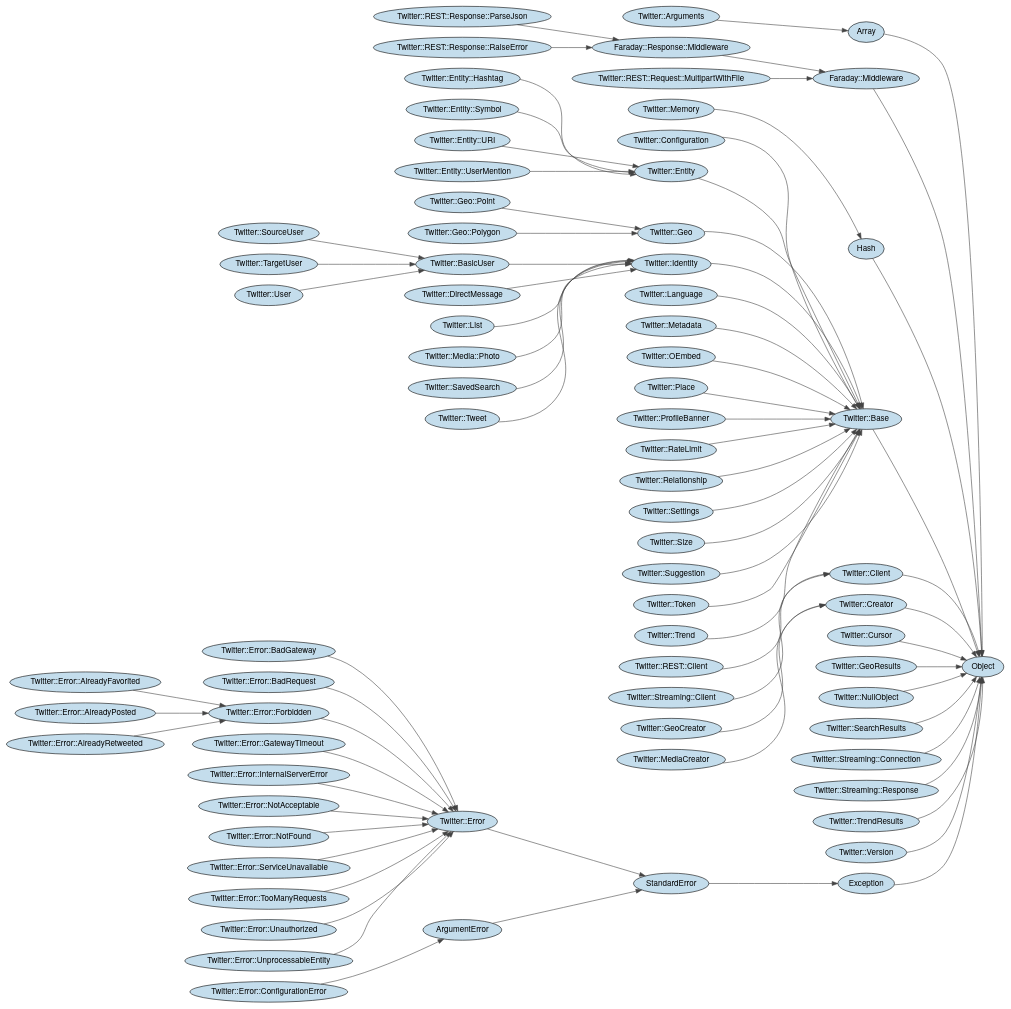
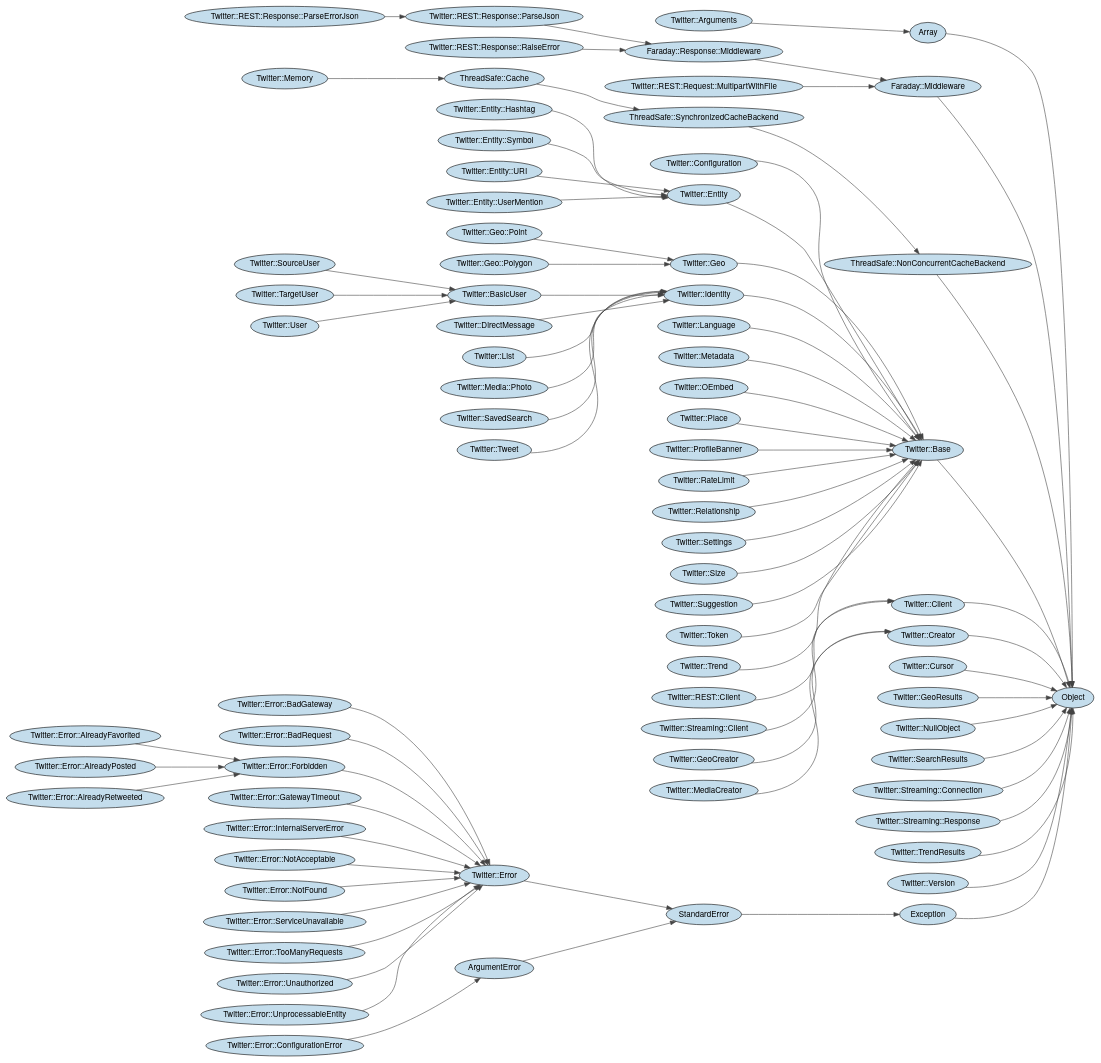
Before and after one commit to sferik/twitter-ruby: the diagram in etc/erd.dot, drawn with Graphviz. The commit also changed 1 other file, not shown here.

Commit message:
Update ERD

```diff
--- a/etc/erd.dot
+++ b/etc/erd.dot
@@ -1,153 +1,159 @@
 digraph classes {
 	graph [rotate=0, rankdir="LR"]
 	node [fillcolor="#c4ddec", style="filled", fontname="Helvetica Neue"]
 	edge [color="#444444"]
 	ArgumentError [label="ArgumentError"]
 	Array [label="Array"]
 	Exception [label="Exception"]
 	Faraday__Middleware [label="Faraday::Middleware"]
 	Faraday__Response__Middleware [label="Faraday::Response::Middleware"]
-	Hash [label="Hash"]
 	StandardError [label="StandardError"]
+	ThreadSafe__Cache [label="ThreadSafe::Cache"]
+	ThreadSafe__NonConcurrentCacheBackend [label="ThreadSafe::NonConcurrentCacheBackend"]
+	ThreadSafe__SynchronizedCacheBackend [label="ThreadSafe::SynchronizedCacheBackend"]
 	Twitter__Arguments [label="Twitter::Arguments"]
 	Twitter__Base [label="Twitter::Base"]
 	Twitter__BasicUser [label="Twitter::BasicUser"]
 	Twitter__Client [label="Twitter::Client"]
 	Twitter__Configuration [label="Twitter::Configuration"]
 	Twitter__Creator [label="Twitter::Creator"]
 	Twitter__Cursor [label="Twitter::Cursor"]
 	Twitter__DirectMessage [label="Twitter::DirectMessage"]
 	Twitter__Entity [label="Twitter::Entity"]
 	Twitter__Entity__Hashtag [label="Twitter::Entity::Hashtag"]
 	Twitter__Entity__Symbol [label="Twitter::Entity::Symbol"]
 	Twitter__Entity__URI [label="Twitter::Entity::URI"]
 	Twitter__Entity__UserMention [label="Twitter::Entity::UserMention"]
 	Twitter__Error [label="Twitter::Error"]
 	Twitter__Error__AlreadyFavorited [label="Twitter::Error::AlreadyFavorited"]
 	Twitter__Error__AlreadyPosted [label="Twitter::Error::AlreadyPosted"]
 	Twitter__Error__AlreadyRetweeted [label="Twitter::Error::AlreadyRetweeted"]
 	Twitter__Error__BadGateway [label="Twitter::Error::BadGateway"]
 	Twitter__Error__BadRequest [label="Twitter::Error::BadRequest"]
 	Twitter__Error__ConfigurationError [label="Twitter::Error::ConfigurationError"]
 	Twitter__Error__Forbidden [label="Twitter::Error::Forbidden"]
 	Twitter__Error__GatewayTimeout [label="Twitter::Error::GatewayTimeout"]
 	Twitter__Error__InternalServerError [label="Twitter::Error::InternalServerError"]
 	Twitter__Error__NotAcceptable [label="Twitter::Error::NotAcceptable"]
 	Twitter__Error__NotFound [label="Twitter::Error::NotFound"]
 	Twitter__Error__ServiceUnavailable [label="Twitter::Error::ServiceUnavailable"]
 	Twitter__Error__TooManyRequests [label="Twitter::Error::TooManyRequests"]
 	Twitter__Error__Unauthorized [label="Twitter::Error::Unauthorized"]
 	Twitter__Error__UnprocessableEntity [label="Twitter::Error::UnprocessableEntity"]
 	Twitter__Geo [label="Twitter::Geo"]
 	Twitter__GeoCreator [label="Twitter::GeoCreator"]
 	Twitter__GeoResults [label="Twitter::GeoResults"]
 	Twitter__Geo__Point [label="Twitter::Geo::Point"]
 	Twitter__Geo__Polygon [label="Twitter::Geo::Polygon"]
 	Twitter__Identity [label="Twitter::Identity"]
 	Twitter__Language [label="Twitter::Language"]
 	Twitter__List [label="Twitter::List"]
 	Twitter__MediaCreator [label="Twitter::MediaCreator"]
 	Twitter__Media__Photo [label="Twitter::Media::Photo"]
 	Twitter__Memory [label="Twitter::Memory"]
 	Twitter__Metadata [label="Twitter::Metadata"]
 	Twitter__NullObject [label="Twitter::NullObject"]
 	Twitter__OEmbed [label="Twitter::OEmbed"]
 	Twitter__Place [label="Twitter::Place"]
 	Twitter__ProfileBanner [label="Twitter::ProfileBanner"]
 	Twitter__REST__Client [label="Twitter::REST::Client"]
 	Twitter__REST__Request__MultipartWithFile [label="Twitter::REST::Request::MultipartWithFile"]
+	Twitter__REST__Response__ParseErrorJson [label="Twitter::REST::Response::ParseErrorJson"]
 	Twitter__REST__Response__ParseJson [label="Twitter::REST::Response::ParseJson"]
 	Twitter__REST__Response__RaiseError [label="Twitter::REST::Response::RaiseError"]
 	Twitter__RateLimit [label="Twitter::RateLimit"]
 	Twitter__Relationship [label="Twitter::Relationship"]
 	Twitter__SavedSearch [label="Twitter::SavedSearch"]
 	Twitter__SearchResults [label="Twitter::SearchResults"]
 	Twitter__Settings [label="Twitter::Settings"]
 	Twitter__Size [label="Twitter::Size"]
 	Twitter__SourceUser [label="Twitter::SourceUser"]
 	Twitter__Streaming__Client [label="Twitter::Streaming::Client"]
 	Twitter__Streaming__Connection [label="Twitter::Streaming::Connection"]
 	Twitter__Streaming__Response [label="Twitter::Streaming::Response"]
 	Twitter__Suggestion [label="Twitter::Suggestion"]
 	Twitter__TargetUser [label="Twitter::TargetUser"]
 	Twitter__Token [label="Twitter::Token"]
 	Twitter__Trend [label="Twitter::Trend"]
 	Twitter__TrendResults [label="Twitter::TrendResults"]
 	Twitter__Tweet [label="Twitter::Tweet"]
 	Twitter__User [label="Twitter::User"]
 	Twitter__Version [label="Twitter::Version"]
 	ArgumentError -> StandardError
 	Array -> Object
 	Exception -> Object
 	Faraday__Middleware -> Object
 	Faraday__Response__Middleware -> Faraday__Middleware
-	Hash -> Object
 	StandardError -> Exception
+	ThreadSafe__Cache -> ThreadSafe__SynchronizedCacheBackend
+	ThreadSafe__NonConcurrentCacheBackend -> Object
+	ThreadSafe__SynchronizedCacheBackend -> ThreadSafe__NonConcurrentCacheBackend
 	Twitter__Arguments -> Array
 	Twitter__Base -> Object
 	Twitter__BasicUser -> Twitter__Identity
 	Twitter__Client -> Object
 	Twitter__Configuration -> Twitter__Base
 	Twitter__Creator -> Object
 	Twitter__Cursor -> Object
 	Twitter__DirectMessage -> Twitter__Identity
 	Twitter__Entity -> Twitter__Base
 	Twitter__Entity__Hashtag -> Twitter__Entity
 	Twitter__Entity__Symbol -> Twitter__Entity
 	Twitter__Entity__URI -> Twitter__Entity
 	Twitter__Entity__UserMention -> Twitter__Entity
 	Twitter__Error -> StandardError
 	Twitter__Error__AlreadyFavorited -> Twitter__Error__Forbidden
 	Twitter__Error__AlreadyPosted -> Twitter__Error__Forbidden
 	Twitter__Error__AlreadyRetweeted -> Twitter__Error__Forbidden
 	Twitter__Error__BadGateway -> Twitter__Error
 	Twitter__Error__BadRequest -> Twitter__Error
 	Twitter__Error__ConfigurationError -> ArgumentError
 	Twitter__Error__Forbidden -> Twitter__Error
 	Twitter__Error__GatewayTimeout -> Twitter__Error
 	Twitter__Error__InternalServerError -> Twitter__Error
 	Twitter__Error__NotAcceptable -> Twitter__Error
 	Twitter__Error__NotFound -> Twitter__Error
 	Twitter__Error__ServiceUnavailable -> Twitter__Error
 	Twitter__Error__TooManyRequests -> Twitter__Error
 	Twitter__Error__Unauthorized -> Twitter__Error
 	Twitter__Error__UnprocessableEntity -> Twitter__Error
 	Twitter__Geo -> Twitter__Base
 	Twitter__GeoCreator -> Twitter__Creator
 	Twitter__GeoResults -> Object
 	Twitter__Geo__Point -> Twitter__Geo
 	Twitter__Geo__Polygon -> Twitter__Geo
 	Twitter__Identity -> Twitter__Base
 	Twitter__Language -> Twitter__Base
 	Twitter__List -> Twitter__Identity
 	Twitter__MediaCreator -> Twitter__Creator
 	Twitter__Media__Photo -> Twitter__Identity
-	Twitter__Memory -> Hash
+	Twitter__Memory -> ThreadSafe__Cache
 	Twitter__Metadata -> Twitter__Base
 	Twitter__NullObject -> Object
 	Twitter__OEmbed -> Twitter__Base
 	Twitter__Place -> Twitter__Base
 	Twitter__ProfileBanner -> Twitter__Base
 	Twitter__REST__Client -> Twitter__Client
 	Twitter__REST__Request__MultipartWithFile -> Faraday__Middleware
+	Twitter__REST__Response__ParseErrorJson -> Twitter__REST__Response__ParseJson
 	Twitter__REST__Response__ParseJson -> Faraday__Response__Middleware
 	Twitter__REST__Response__RaiseError -> Faraday__Response__Middleware
 	Twitter__RateLimit -> Twitter__Base
 	Twitter__Relationship -> Twitter__Base
 	Twitter__SavedSearch -> Twitter__Identity
 	Twitter__SearchResults -> Object
 	Twitter__Settings -> Twitter__Base
 	Twitter__Size -> Twitter__Base
 	Twitter__SourceUser -> Twitter__BasicUser
 	Twitter__Streaming__Client -> Twitter__Client
 	Twitter__Streaming__Connection -> Object
 	Twitter__Streaming__Response -> Object
 	Twitter__Suggestion -> Twitter__Base
 	Twitter__TargetUser -> Twitter__BasicUser
 	Twitter__Token -> Twitter__Base
 	Twitter__Trend -> Twitter__Base
 	Twitter__TrendResults -> Object
 	Twitter__Tweet -> Twitter__Identity
 	Twitter__User -> Twitter__BasicUser
 	Twitter__Version -> Object
 }
```
